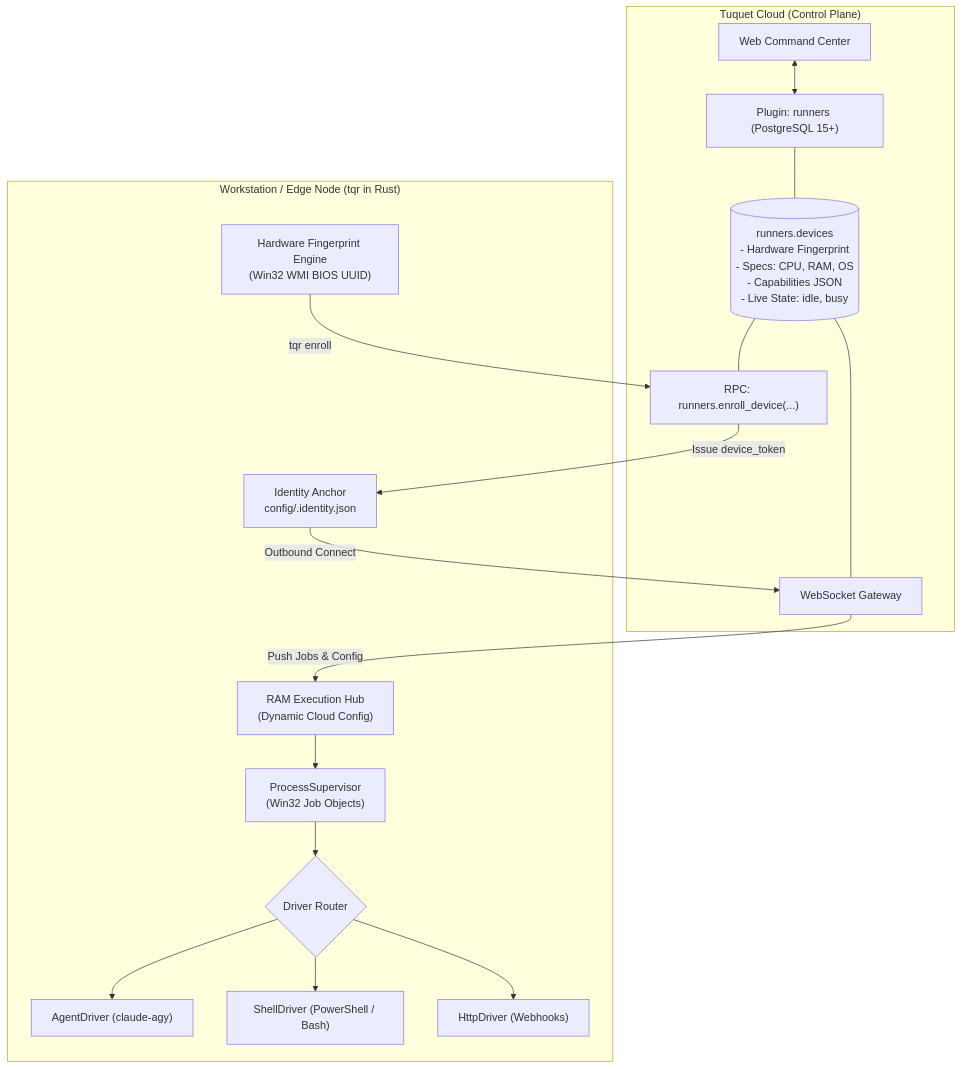
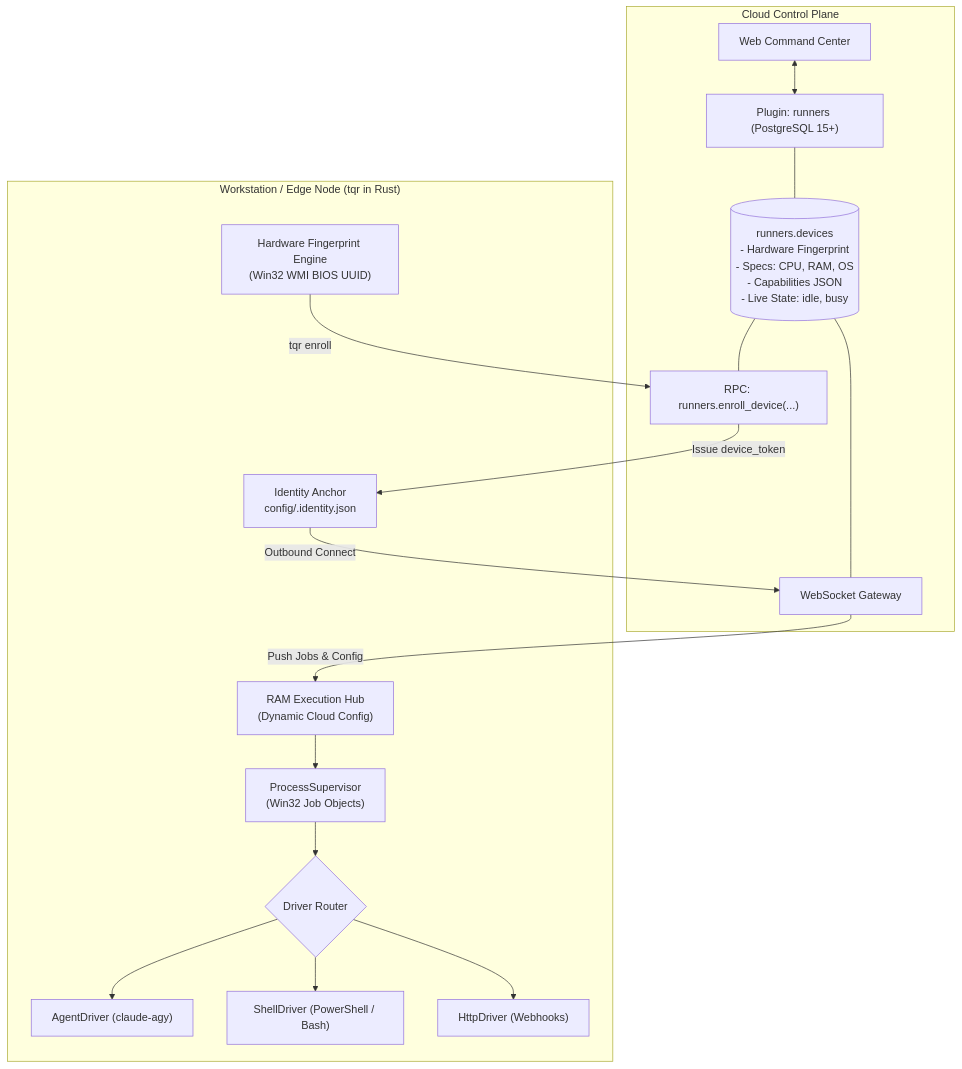
One commit to tuquet/runner changed the diagram in README.md. Above: the diagram before and after it, drawn with Mermaid. The commit also changed other lines of this file and 1 other file, not shown here.

````diff
--- a/README.md
+++ b/README.md
@@ -16,33 +21,33 @@
 ```mermaid
 flowchart TD
-    subgraph Cloud["Tuquet Cloud (Control Plane)"]
+    subgraph Cloud["Cloud Control Plane"]
         Dashboard["Web Command Center"]
         PluginRunners["Plugin: runners (PostgreSQL 15+)"]
         TableDevices[("runners.devices<br/>- Hardware Fingerprint<br/>- Specs: CPU, RAM, OS<br/>- Capabilities JSON<br/>- Live State: idle, busy")]
         RpcEnroll["RPC: runners.enroll_device(...)"]
         WSGateway["WebSocket Gateway"]
         
         Dashboard <--> PluginRunners
         PluginRunners --- TableDevices
         TableDevices --- RpcEnroll
         TableDevices --- WSGateway
     end
 
     subgraph Node["Workstation / Edge Node (tqr in Rust)"]
         FP["Hardware Fingerprint Engine<br/>(Win32 WMI BIOS UUID)"]
         Identity["Identity Anchor<br/>config/.identity.json"]
         RAM["RAM Execution Hub<br/>(Dynamic Cloud Config)"]
         Supervisor["ProcessSupervisor<br/>(Win32 Job Objects)"]
         Drivers{"Driver Router"}
         
         FP -->|tqr enroll| RpcEnroll
         RpcEnroll -->|Issue device_token| Identity
         Identity -->|Outbound Connect| WSGateway
         WSGateway -->|Push Jobs & Config| RAM
         RAM --> Supervisor
         Supervisor --> Drivers
         Drivers --> Agent["AgentDriver (claude-agy)"]
         Drivers --> Shell["ShellDriver (PowerShell / Bash)"]
         Drivers --> Http["HttpDriver (Webhooks)"]
     end
 ```
````
